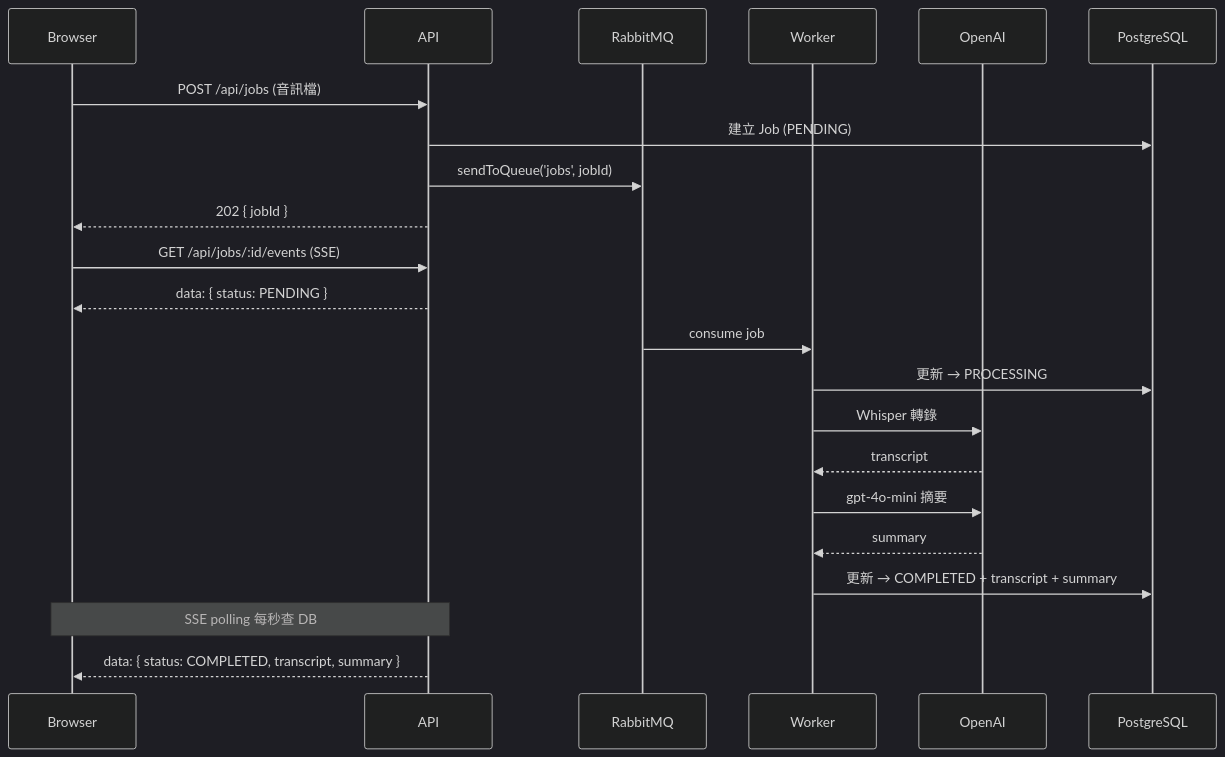
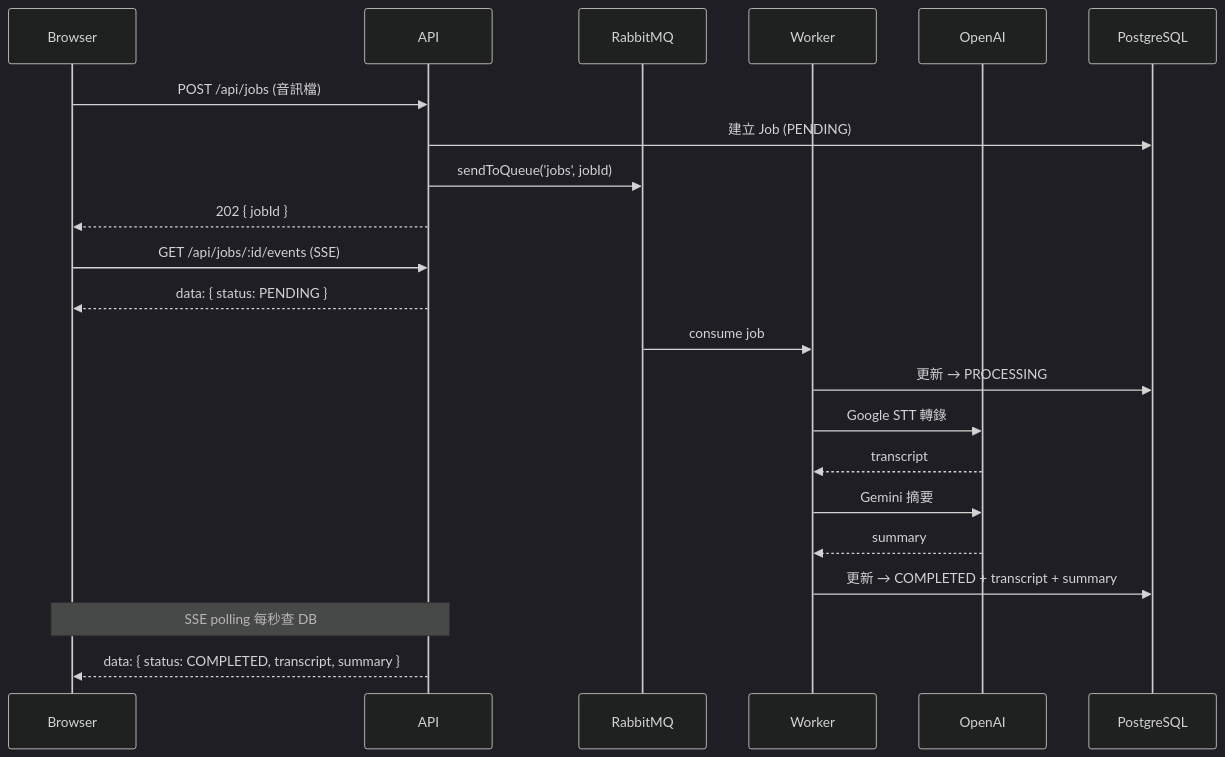
The diagram in README.md (lystyp/audio_to_summary), drawn with Mermaid (dark theme) before and after one commit. The commit also changed other lines of this file and 12 other files, not shown here.

````diff
--- a/README.md
+++ b/README.md
@@ -52,28 +57,28 @@
 ```mermaid
 sequenceDiagram
     participant Browser
     participant API
     participant RabbitMQ
     participant Worker
     participant OpenAI
     participant DB as PostgreSQL
 
     Browser->>API: POST /api/jobs (音訊檔)
     API->>DB: 建立 Job (PENDING)
     API->>RabbitMQ: sendToQueue('jobs', jobId)
     API-->>Browser: 202 { jobId }
 
     Browser->>API: GET /api/jobs/:id/events (SSE)
     API-->>Browser: data: { status: PENDING }
 
     RabbitMQ->>Worker: consume job
     Worker->>DB: 更新 → PROCESSING
-    Worker->>OpenAI: Whisper 轉錄
+    Worker->>OpenAI: Google STT 轉錄
     OpenAI-->>Worker: transcript
-    Worker->>OpenAI: gpt-4o-mini 摘要
+    Worker->>OpenAI: Gemini 摘要
     OpenAI-->>Worker: summary
     Worker->>DB: 更新 → COMPLETED + transcript + summary
 
     Note over API,Browser: SSE polling 每秒查 DB
     API-->>Browser: data: { status: COMPLETED, transcript, summary }
 ```
````
